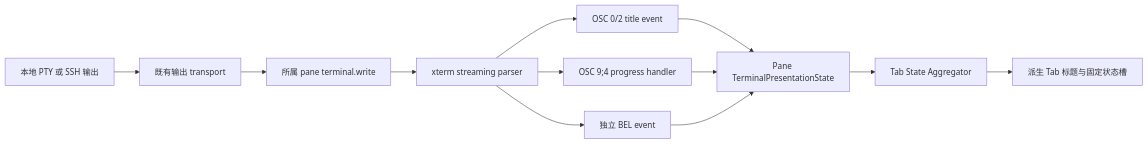
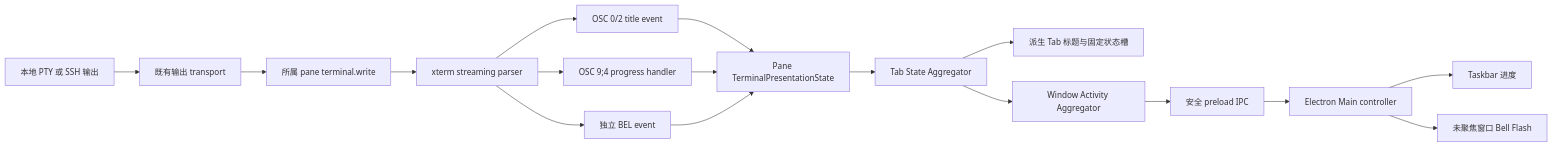
Before and after one commit to agoudbg/Cosmosh: the third of 4 diagrams in docs/zh-CN/developer/runtime/ssh-terminal.md, drawn with Mermaid. The commit also changed other lines of this file and 25 other files, not shown here.

Commit message:
feat(terminal): integrate window activity

````diff
--- a/docs/zh-CN/developer/runtime/ssh-terminal.md
+++ b/docs/zh-CN/developer/runtime/ssh-terminal.md
@@ -218,14 +222,19 @@
 ```mermaid
 flowchart LR
   PTY[本地 PTY 或 SSH 输出] --> WS[既有输出 transport]
   WS --> WRITE[所属 pane terminal.write]
   WRITE --> XP[xterm streaming parser]
   XP --> TITLE[OSC 0/2 title event]
   XP --> PROGRESS[OSC 9;4 progress handler]
   XP --> BELL[独立 BEL event]
   TITLE --> STATE[Pane TerminalPresentationState]
   PROGRESS --> STATE
   BELL --> STATE
   STATE --> TAB[Tab State Aggregator]
   TAB --> CHROME[派生 Tab 标题与固定状态槽]
+  TAB --> WINDOW[Window Activity Aggregator]
+  WINDOW --> PRELOAD[安全 preload IPC]
+  PRELOAD --> MAIN[Electron Main controller]
+  MAIN --> TASKBAR[Taskbar 进度]
+  MAIN --> FLASH[未聚焦窗口 Bell Flash]
 ```
````
